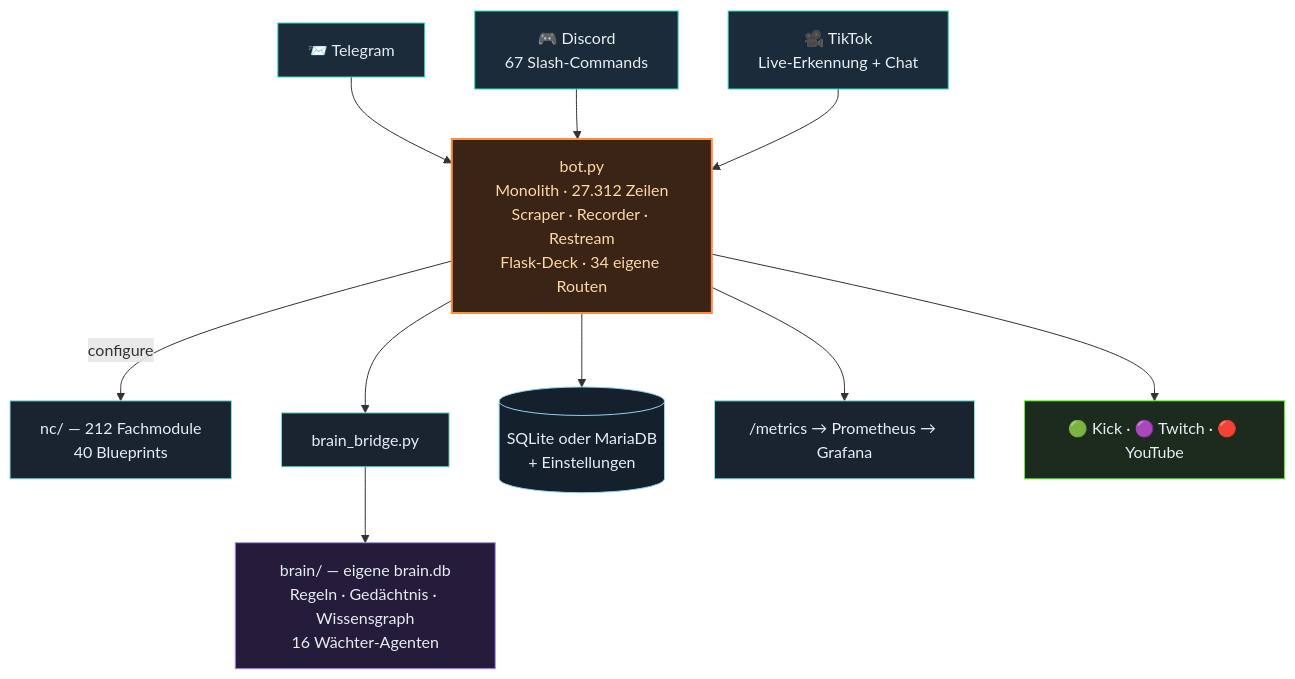
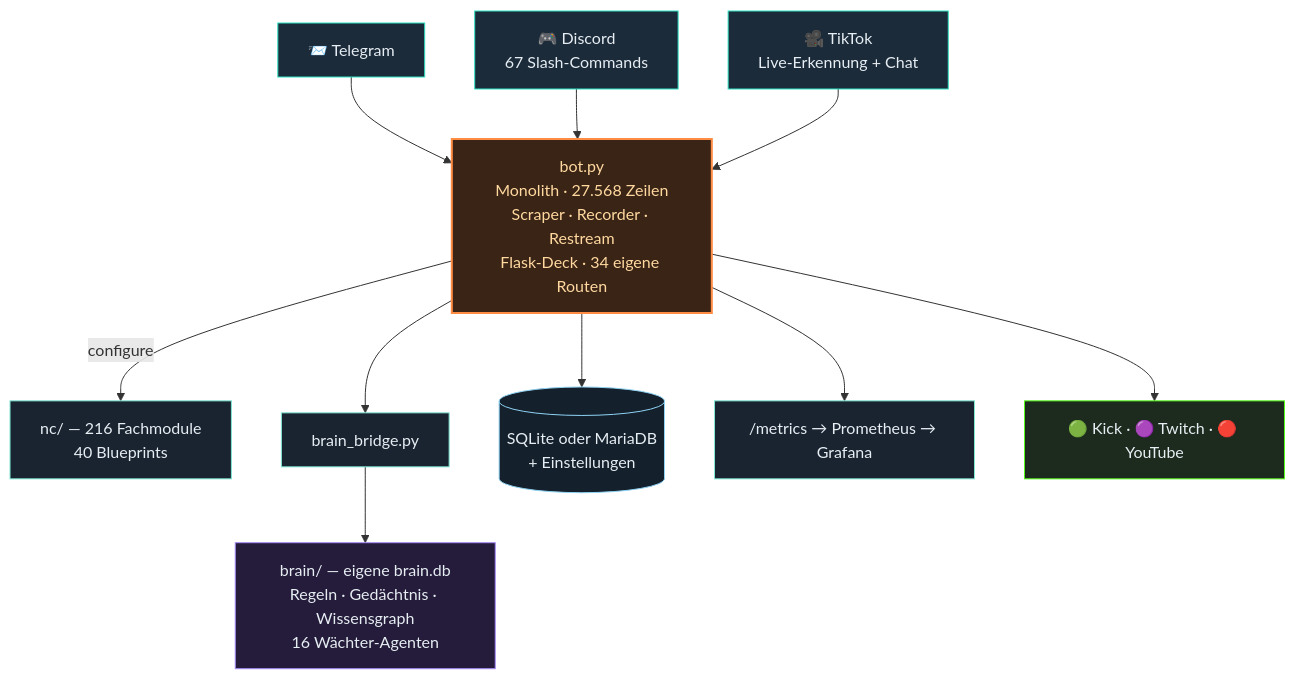
One commit to itsamemedev/Telegram-Stream-Info-Bot changed the second of 3 diagrams in README.md. Above: the diagram before and after it, drawn with Mermaid. The commit also changed other lines of this file and 46 other files, not shown here.

````diff
--- a/README.md
+++ b/README.md
@@ -118,19 +118,19 @@
 ```mermaid
 flowchart TB
     TG["📨 Telegram"]:::ein --> BOT
     DC["🎮 Discord<br/>67 Slash-Commands"]:::ein --> BOT
     TT["🎥 TikTok<br/>Live-Erkennung + Chat"]:::ein --> BOT
-    BOT["bot.py<br/>Monolith · 27.312 Zeilen<br/>Scraper · Recorder · Restream<br/>Flask-Deck · 34 eigene Routen"]:::core
-    BOT -->|configure| NC["nc/ — 212 Fachmodule<br/>40 Blueprints"]:::lib
+    BOT["bot.py<br/>Monolith · 27.568 Zeilen<br/>Scraper · Recorder · Restream<br/>Flask-Deck · 34 eigene Routen"]:::core
+    BOT -->|configure| NC["nc/ — 216 Fachmodule<br/>40 Blueprints"]:::lib
     BOT --> BR["brain_bridge.py"]:::lib
     BR --> BRAIN["brain/ — eigene brain.db<br/>Regeln · Gedächtnis · Wissensgraph<br/>16 Wächter-Agenten"]:::brain
     BOT --> DB[("SQLite oder MariaDB<br/>+ Einstellungen")]:::db
     BOT --> PROM["/metrics → Prometheus → Grafana"]:::lib
     BOT --> OUT["🟢 Kick · 🟣 Twitch · 🔴 YouTube"]:::out
     classDef ein fill:#1c2b3a,stroke:#2de1c2,color:#e6edf3
     classDef core fill:#3a2415,stroke:#ff8c42,stroke-width:2px,color:#ffd9a0
     classDef lib fill:#1a2430,stroke:#7fe7d4,color:#e6edf3
     classDef brain fill:#241c3a,stroke:#a78bfa,color:#e6edf3
     classDef db fill:#14202c,stroke:#8fd3f4,color:#e6edf3
     classDef out fill:#1c2b1e,stroke:#53fc18,color:#e6edf3
 ```
````
